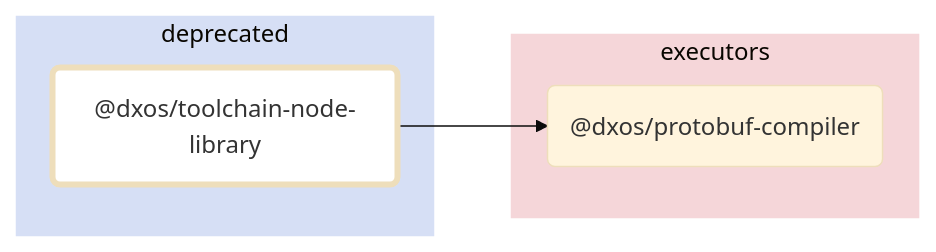
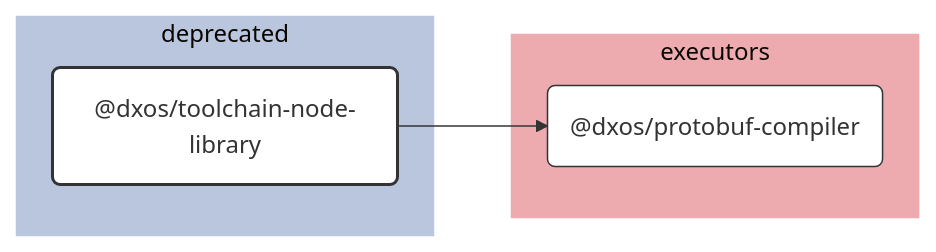
One commit to dxos/dxos changed the diagram in tools/deprecated/toolchain-node-library/docs/README.md. Above: the diagram before and after it, drawn with Mermaid (base theme). The commit also changed 100 other files, not shown here.

````diff
--- a/tools/deprecated/toolchain-node-library/docs/README.md
+++ b/tools/deprecated/toolchain-node-library/docs/README.md
@@ -7,19 +7,34 @@
 ```mermaid
-flowchart LR;
+%%{ init: {'flowchart':{'curve':'basis'}} }%%
 
-style dxos/toolchain-node-library fill:#fff,stroke-width:4px;
+flowchart LR
 
-click dxos/protobuf-compiler "https:/github.com/dxos/dxos/tree/main/tools/executors/protobuf-compiler/docs";
+%% Links
+dxos/toolchain-node-library --> dxos/protobuf-compiler;
 
+%% Sections
 subgraph deprecated
-  style deprecated fill:#d6dff5,stroke:#fff;
-  dxos/toolchain-node-library("@dxos/toolchain-node-library");
+  style deprecated fill:#bac5de,stroke:#fff;
+
+  dxos/toolchain-node-library("@dxos/toolchain-node-library")
 end
 
 subgraph executors
-  style executors fill:#f5d6d9,stroke:#fff;
-  dxos/protobuf-compiler("@dxos/protobuf-compiler");
+  style executors fill:#edabb0,stroke:#fff;
+
+  dxos/protobuf-compiler("@dxos/protobuf-compiler")
 end
 
-dxos/toolchain-node-library --> dxos/protobuf-compiler;
+
+%% Hyperlinks
+click dxos/protobuf-compiler href "https:/github.com/dxos/dxos/tree/main/tools/executors/protobuf-compiler/docs";
+
+%% Styles
+classDef rootNode fill:#fff,stroke:#333,stroke-width:2px
+classDef defaultNode fill:#fff,stroke:#333,stroke-width:1px
+linkStyle default stroke:#333,stroke-width:1px
+
+dxos/toolchain-node-library:::rootNode
+
+dxos/protobuf-compiler:::defaultNode
 ```
````
